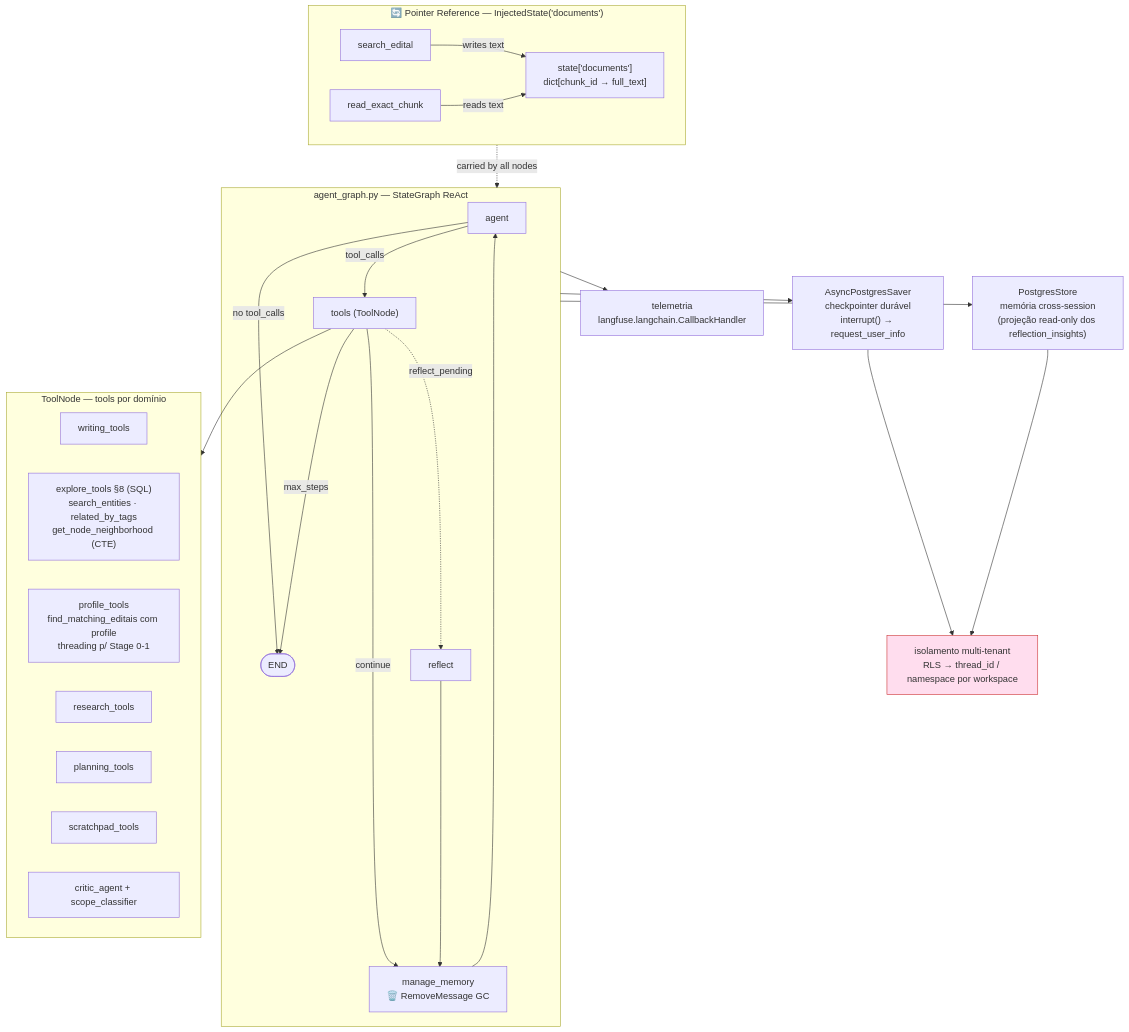
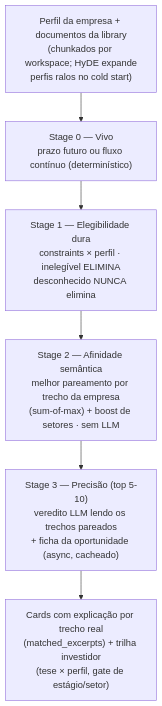
The third of 3 diagrams in docs/architecture.md (lucasborgs/radar_editais), drawn with Mermaid before and after one commit. The commit also changed other lines of this file, not shown here.

Commit message:
docs: architecture.md funcional — arquitetura final v3 por funcionalidade (#71)

````diff
--- a/docs/architecture.md
+++ b/docs/architecture.md
@@ -172,40 +81,9 @@
 ```mermaid
 flowchart TB
-  subgraph GRAPH["agent_graph.py — StateGraph ReAct"]
-    A["agent"] -->|tool_calls| T["tools (ToolNode)"]
-    A -->|no tool_calls| E(["END"])
-    T -->|continue| M["manage_memory<br/>🗑️ RemoveMessage GC"]
-    T -.->|reflect_pending| R["reflect"]
-    T -->|max_steps| E
-    R --> M
-    M --> A
-  end
-
-  subgraph TOOLS["ToolNode — tools por domínio"]
-    WT["writing_tools"]
-    ET["explore_tools §8 (SQL)<br/>search_entities · related_by_tags<br/>get_node_neighborhood (CTE)"]
-    PT["profile_tools<br/>find_matching_editais com profile<br/>threading p/ Stage 0-1"]
-    RT["research_tools"]
-    PLT["planning_tools"]
-    SCT["scratchpad_tools"]
-    CA["critic_agent + scope_classifier"]
-  end
-
-  T --> TOOLS
-
-  subgraph STATE["🔄 Pointer Reference — InjectedState('documents')"]
-    DOC["state['documents']<br/>dict[chunk_id → full_text]"]
-    SE["search_edital"] -->|writes text| DOC
-    RE["read_exact_chunk"] -->|reads text| DOC
-  end
-
-  STATE -.->|carried by all nodes| GRAPH
-
-  GRAPH --> CKPT["AsyncPostgresSaver<br/>checkpointer durável<br/>interrupt() → request_user_info"]
-  GRAPH --> STORE["PostgresStore<br/>memória cross-session<br/>(projeção read-only dos reflection_insights)"]
-  GRAPH --> TEL["telemetria<br/>langfuse.langchain.CallbackHandler"]
-
-  CKPT --> ISO["isolamento multi-tenant<br/>RLS → thread_id / namespace por workspace"]:::risk
-  STORE --> ISO
-  classDef risk fill:#fde,stroke:#c33,stroke-width:1px;
+  P["Perfil da empresa + documentos da library<br/>(chunkados por workspace; HyDE expande<br/>perfis ralos no cold start)"]
+  P --> S0["Stage 0 — Vivo<br/>prazo futuro ou fluxo contínuo (determinístico)"]
+  S0 --> S1["Stage 1 — Elegibilidade dura<br/>constraints × perfil · inelegível ELIMINA<br/>desconhecido NUNCA elimina"]
+  S1 --> S2["Stage 2 — Afinidade semântica<br/>melhor pareamento por trecho da empresa<br/>(sum-of-max) + boost de setores · sem LLM"]
+  S2 --> S3["Stage 3 — Precisão (top 5-10)<br/>veredito LLM lendo os trechos pareados<br/>+ ficha da oportunidade (async, cacheado)"]
+  S3 --> CARDS["Cards com explicação por trecho real<br/>(matched_excerpts) + trilha investidor<br/>(tese × perfil, gate de estágio/setor)"]
 ```
````
